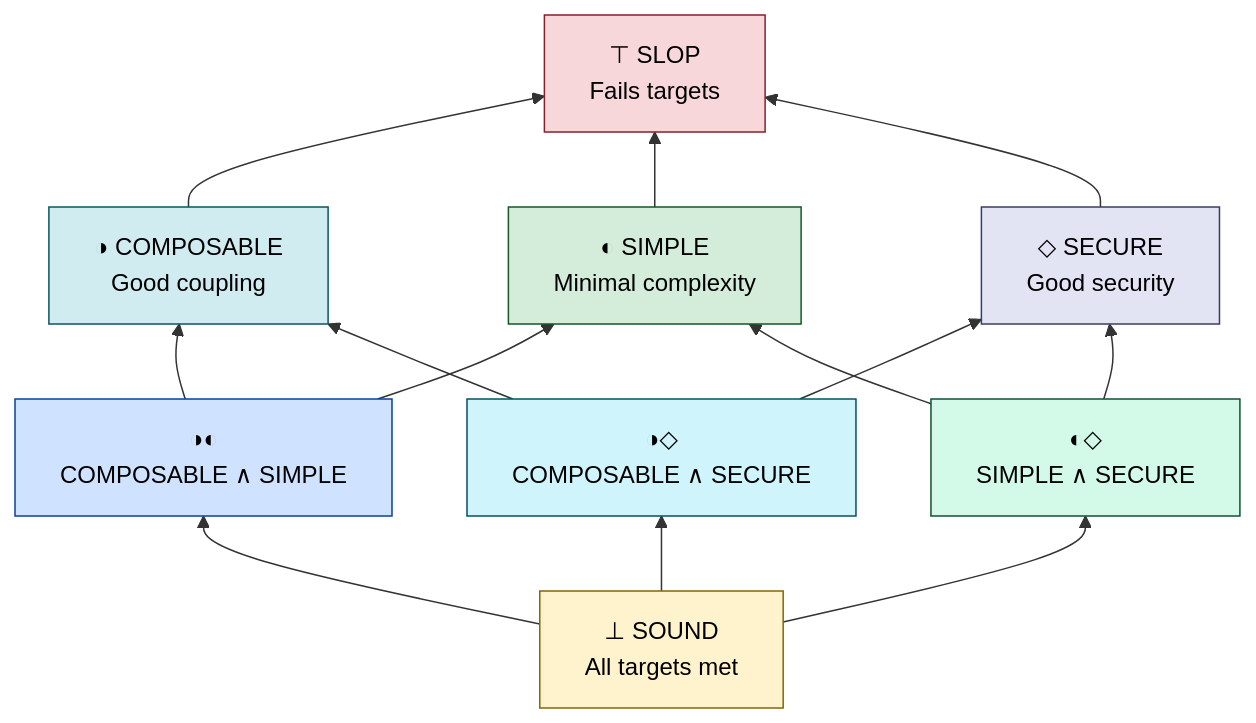
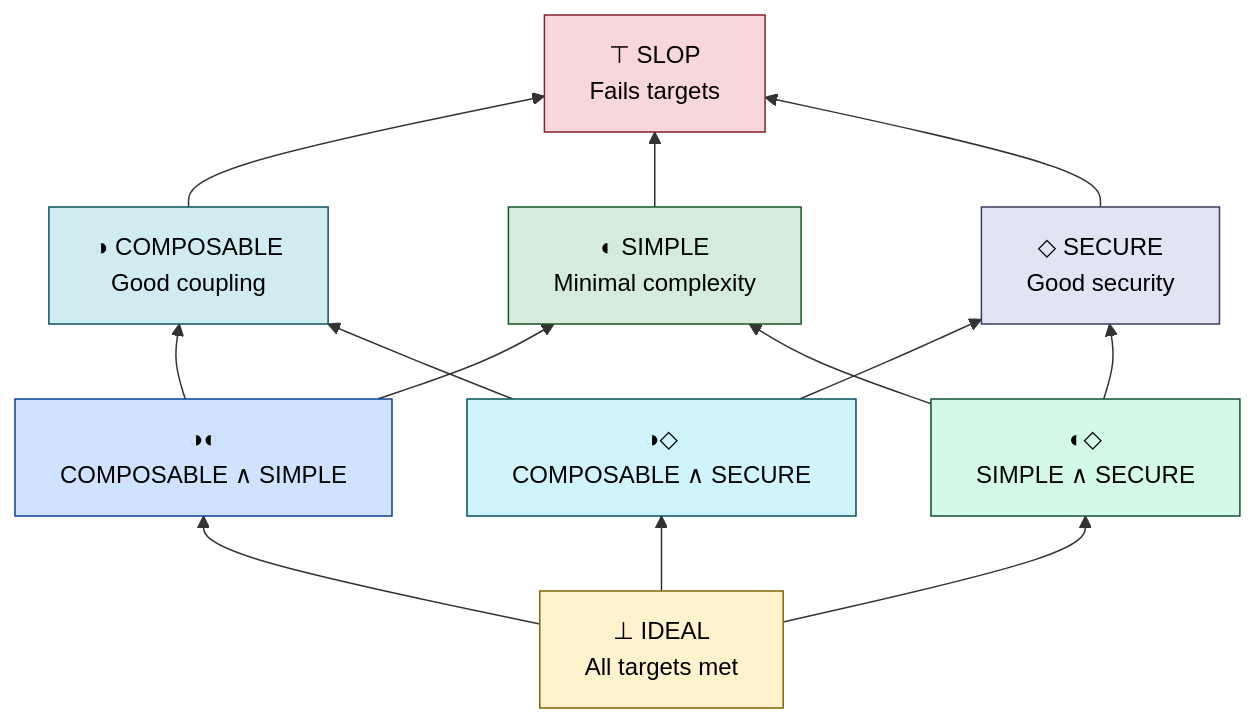
The diagram in README.md (Krv-Labs/topos), drawn with Mermaid before and after one commit. The commit also changed other lines of this file and 58 other files, not shown here.

````diff
--- a/README.md
+++ b/README.md
@@ -24,38 +24,38 @@
 ```mermaid
 graph BT
-    SOUND["⊥ SOUND<br/>All targets met"]
+    IDEAL["⊥ IDEAL<br/>All targets met"]
 
     CS["◑◐<br/>COMPOSABLE ∧ SIMPLE"]
     CSEC["◑◇<br/>COMPOSABLE ∧ SECURE"]
     SSEC["◐◇<br/>SIMPLE ∧ SECURE"]
 
     COMPOSABLE["◑ COMPOSABLE<br/>Good coupling"]
     SIMPLE["◐ SIMPLE<br/>Minimal complexity"]
     SECURE["◇ SECURE<br/>Good security"]
 
     SLOP["⊤ SLOP<br/>Fails targets"]
 
-    SOUND --> CS
-    SOUND --> CSEC
-    SOUND --> SSEC
+    IDEAL --> CS
+    IDEAL --> CSEC
+    IDEAL --> SSEC
 
     CS --> COMPOSABLE
     CS --> SIMPLE
     CSEC --> COMPOSABLE
     CSEC --> SECURE
     SSEC --> SIMPLE
     SSEC --> SECURE
 
     COMPOSABLE --> SLOP
     SIMPLE --> SLOP
     SECURE --> SLOP
 
     style SLOP           fill:#f8d7da,stroke:#842029,color:#000
     style COMPOSABLE     fill:#d1ecf1,stroke:#0c5460,color:#000
     style SIMPLE         fill:#d4edda,stroke:#155724,color:#000
     style SECURE         fill:#e2e3f3,stroke:#383d66,color:#000
     style CS             fill:#cfe2ff,stroke:#084298,color:#000
     style CSEC           fill:#cff4fc,stroke:#055160,color:#000
     style SSEC           fill:#d3f9e8,stroke:#0f5132,color:#000
-    style SOUND          fill:#fff3cd,stroke:#856404,color:#000
+    style IDEAL          fill:#fff3cd,stroke:#856404,color:#000
 ```
````
